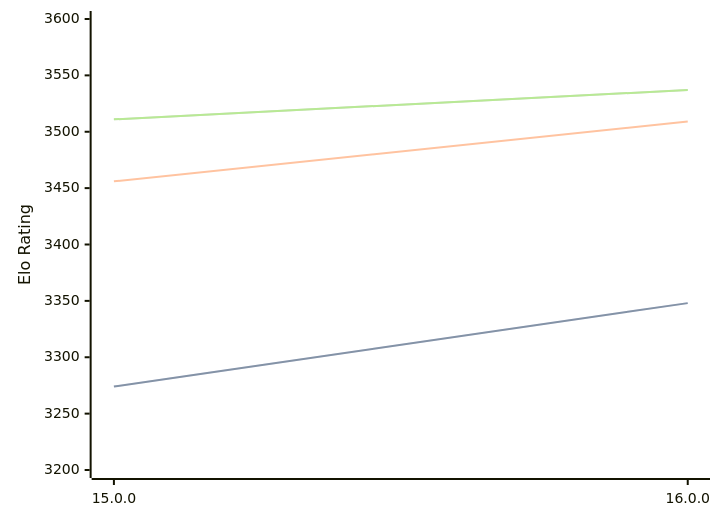
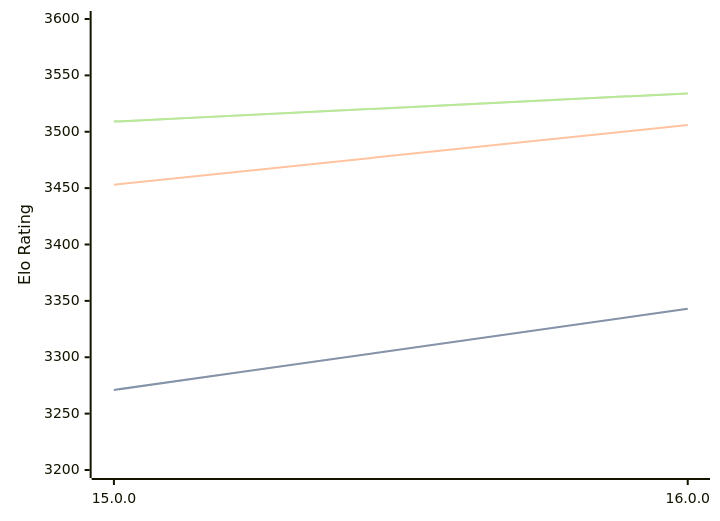
Before and after one commit to computer-chess-index/cci: the diagram in engines/Halogen.md, drawn with Mermaid. The commit also changed other lines of this file, not shown here.

Commit message:
Update CCI Ratings (ELO VLTC) - 2026-06-08

````diff
--- a/engines/Halogen.md
+++ b/engines/Halogen.md
@@ -50,11 +50,11 @@
 ```mermaid
 %%{init: {"theme":"base","themeVariables":{"seriesColors:['#a3a3a3','#222221','#faa371']}}}%%
 xychart-beta
   x-axis ["15.0.0", "16.0.0"]
   y-axis "Elo Rating" 3200 --> 3600
-  line "STC (8.0+0.08s)" [3274, 3348]
-  line "STC (8.0+0.08s)" [3274, 3348]
-  line "LTC (60.0+0.60s)" [3456, 3509]
-  line "VLTC (2m24s+1.12s)" [3511, 3537]
-  line "VLTC (2m24s+1.12s)" [3511, 3537]
+  line "STC (8.0+0.08s)" [3271, 3343]
+  line "STC (8.0+0.08s)" [3271, 3343]
+  line "LTC (60.0+0.60s)" [3453, 3506]
+  line "VLTC (2m24s+1.12s)" [3509, 3534]
+  line "VLTC (2m24s+1.12s)" [3509, 3534]
 ```
````
